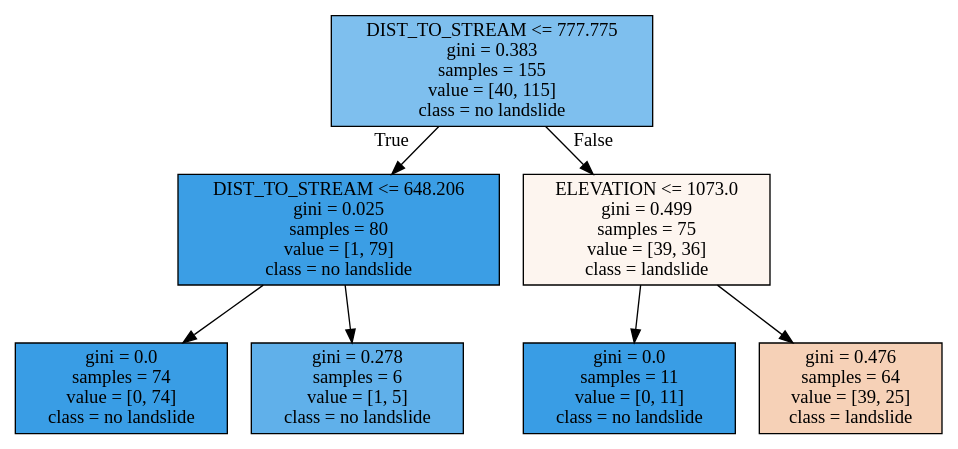
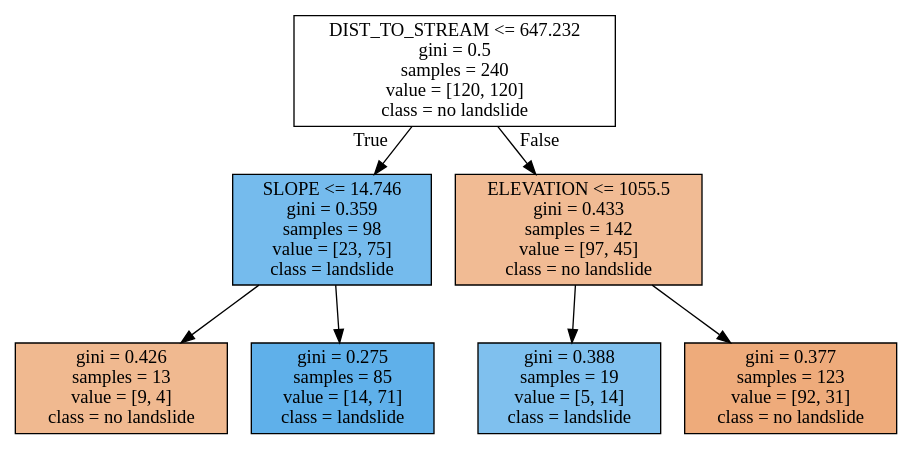
The diagram in tree2.dot (madelinezug/landslide_classification), drawn with Graphviz before and after one commit. The commit also changed 6 other files, not shown here.

```diff
--- a/tree2.dot
+++ b/tree2.dot
@@ -1,20 +1,20 @@
 digraph Tree {
 node [shape=box, style="filled", color="black"] ;
 graph [ranksep=equally, splines=polyline] ;
-0 [label="DIST_TO_STREAM <= 777.775\ngini = 0.383\nsamples = 155\nvalue = [40, 115]\nclass = no landslide", fillcolor="#399de5a6"] ;
-1 [label="DIST_TO_STREAM <= 648.206\ngini = 0.025\nsamples = 80\nvalue = [1, 79]\nclass = no landslide", fillcolor="#399de5fc"] ;
+0 [label="DIST_TO_STREAM <= 647.232\ngini = 0.5\nsamples = 240\nvalue = [120, 120]\nclass = no landslide", fillcolor="#e5813900"] ;
+1 [label="SLOPE <= 14.746\ngini = 0.359\nsamples = 98\nvalue = [23, 75]\nclass = landslide", fillcolor="#399de5b1"] ;
 0 -> 1 [labeldistance=2.5, labelangle=45, headlabel="True"] ;
-2 [label="gini = 0.0\nsamples = 74\nvalue = [0, 74]\nclass = no landslide", fillcolor="#399de5ff"] ;
+2 [label="gini = 0.426\nsamples = 13\nvalue = [9, 4]\nclass = no landslide", fillcolor="#e581398e"] ;
 1 -> 2 ;
-3 [label="gini = 0.278\nsamples = 6\nvalue = [1, 5]\nclass = no landslide", fillcolor="#399de5cc"] ;
+3 [label="gini = 0.275\nsamples = 85\nvalue = [14, 71]\nclass = landslide", fillcolor="#399de5cd"] ;
 1 -> 3 ;
-4 [label="ELEVATION <= 1073.0\ngini = 0.499\nsamples = 75\nvalue = [39, 36]\nclass = landslide", fillcolor="#e5813914"] ;
+4 [label="ELEVATION <= 1055.5\ngini = 0.433\nsamples = 142\nvalue = [97, 45]\nclass = no landslide", fillcolor="#e5813989"] ;
 0 -> 4 [labeldistance=2.5, labelangle=-45, headlabel="False"] ;
-5 [label="gini = 0.0\nsamples = 11\nvalue = [0, 11]\nclass = no landslide", fillcolor="#399de5ff"] ;
+5 [label="gini = 0.388\nsamples = 19\nvalue = [5, 14]\nclass = landslide", fillcolor="#399de5a4"] ;
 4 -> 5 ;
-6 [label="gini = 0.476\nsamples = 64\nvalue = [39, 25]\nclass = landslide", fillcolor="#e581395c"] ;
+6 [label="gini = 0.377\nsamples = 123\nvalue = [92, 31]\nclass = no landslide", fillcolor="#e58139a9"] ;
 4 -> 6 ;
 {rank=same ; 0} ;
 {rank=same ; 1; 4} ;
 {rank=same ; 2; 3; 5; 6} ;
 }
```
